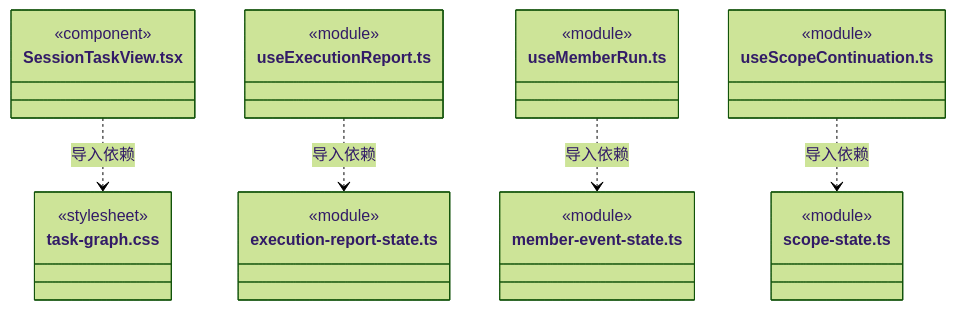
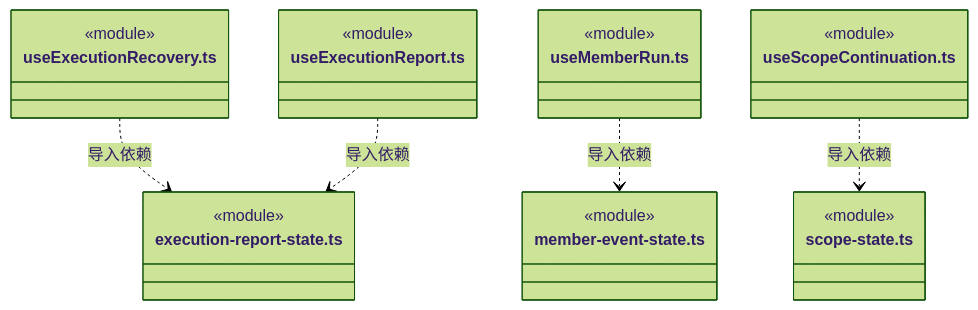
Before and after one commit to nan023062/cbim: diagram 52 of 54 in src/frontend/tasks/ARCHITECTURE.md, drawn with Mermaid (forest theme). The commit also changed other lines of this file and 65 other files, not shown here.

````diff
--- a/src/frontend/tasks/ARCHITECTURE.md
+++ b/src/frontend/tasks/ARCHITECTURE.md
@@ -867,31 +1105,28 @@
 ```mermaid
 classDiagram
-class N_src_frontend_tasks_SessionTaskView_tsx["SessionTaskView.tsx"] {
-  <<component>>
-}
-class N_src_frontend_tasks_task_graph_css["task-graph.css"] {
-  <<stylesheet>>
-}
-class N_src_frontend_tasks_useExecutionReport_ts["useExecutionReport.ts"] {
+class N_src_frontend_tasks_useExecutionRecovery_ts["useExecutionRecovery.ts"] {
   <<module>>
 }
 class N_src_frontend_tasks_execution_report_state_ts["execution-report-state.ts"] {
+  <<module>>
+}
+class N_src_frontend_tasks_useExecutionReport_ts["useExecutionReport.ts"] {
   <<module>>
 }
 class N_src_frontend_tasks_useMemberRun_ts["useMemberRun.ts"] {
   <<module>>
 }
 class N_src_frontend_tasks_member_event_state_ts["member-event-state.ts"] {
   <<module>>
 }
 class N_src_frontend_tasks_useScopeContinuation_ts["useScopeContinuation.ts"] {
   <<module>>
 }
 class N_src_frontend_tasks_scope_state_ts["scope-state.ts"] {
   <<module>>
 }
-N_src_frontend_tasks_SessionTaskView_tsx ..> N_src_frontend_tasks_task_graph_css : 导入依赖
+N_src_frontend_tasks_useExecutionRecovery_ts ..> N_src_frontend_tasks_execution_report_state_ts : 导入依赖
 N_src_frontend_tasks_useExecutionReport_ts ..> N_src_frontend_tasks_execution_report_state_ts : 导入依赖
 N_src_frontend_tasks_useMemberRun_ts ..> N_src_frontend_tasks_member_event_state_ts : 导入依赖
 N_src_frontend_tasks_useScopeContinuation_ts ..> N_src_frontend_tasks_scope_state_ts : 导入依赖
 ```
````
